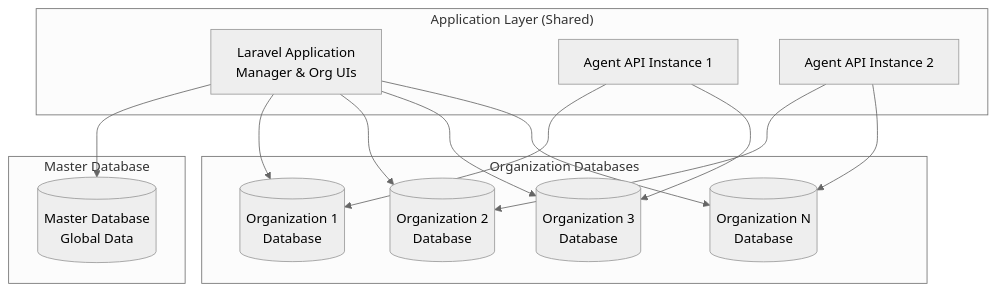
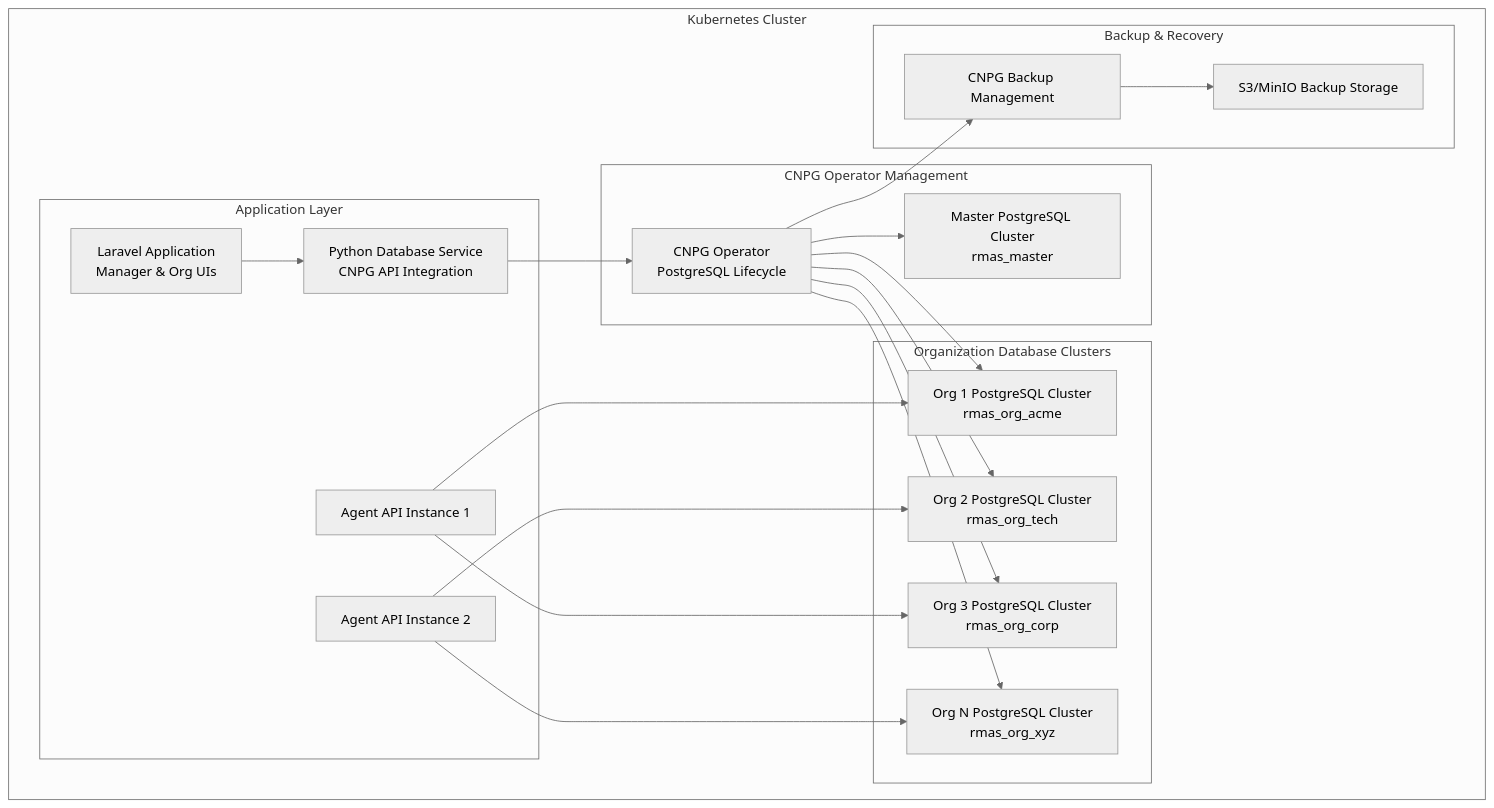
Before and after one commit to kustav123/radmin: the first of 3 diagrams in LLD/database/multi-tenancy.md, drawn with Mermaid (neutral theme). The commit also changed other lines of this file and 23 other files, not shown here.

````diff
--- a/LLD/database/multi-tenancy.md
+++ b/LLD/database/multi-tenancy.md
@@ -7,30 +7,44 @@
 ```mermaid
 graph TB
-    subgraph "Application Layer (Shared)"
-        LaravelApp[Laravel Application<br/>Manager & Org UIs]
-        AAPI1[Agent API Instance 1]
-        AAPI2[Agent API Instance 2]
+    subgraph "Kubernetes Cluster"
+        subgraph "Application Layer"
+            LaravelApp[Laravel Application<br/>Manager & Org UIs]
+            PythonDBService[Python Database Service<br/>CNPG API Integration]
+            AAPI1[Agent API Instance 1]
+            AAPI2[Agent API Instance 2]
+        end
+        
+        subgraph "CNPG Operator Management"
+            CNPGOperator[CNPG Operator<br/>PostgreSQL Lifecycle]
+            MasterCluster[Master PostgreSQL Cluster<br/>rmas_master]
+        end
+        
+        subgraph "Organization Database Clusters"
+            OrgCluster1[Org 1 PostgreSQL Cluster<br/>rmas_org_acme]
+            OrgCluster2[Org 2 PostgreSQL Cluster<br/>rmas_org_tech]
+            OrgCluster3[Org 3 PostgreSQL Cluster<br/>rmas_org_corp]
+            OrgClusterN[Org N PostgreSQL Cluster<br/>rmas_org_xyz]
+        end
+        
+        subgraph "Backup & Recovery"
+            BackupStorage[S3/MinIO Backup Storage]
+            CNPGBackup[CNPG Backup Management]
+        end
     end
     
-    subgraph "Master Database"
-        MasterDB[(Master Database<br/>Global Data)]
-    end
+    LaravelApp --> PythonDBService
+    PythonDBService --> CNPGOperator
+    CNPGOperator --> MasterCluster
+    CNPGOperator --> OrgCluster1
+    CNPGOperator --> OrgCluster2
+    CNPGOperator --> OrgCluster3
+    CNPGOperator --> OrgClusterN
     
-    subgraph "Organization Databases"
-        OrgDB1[(Organization 1<br/>Database)]
-        OrgDB2[(Organization 2<br/>Database)]
-        OrgDB3[(Organization 3<br/>Database)]
-        OrgDBN[(Organization N<br/>Database)]
-    end
+    AAPI1 --> OrgCluster1
+    AAPI1 --> OrgCluster3
+    AAPI2 --> OrgCluster2
+    AAPI2 --> OrgClusterN
     
-    LaravelApp --> MasterDB
-    LaravelApp --> OrgDB1
-    LaravelApp --> OrgDB2
-    LaravelApp --> OrgDB3
-    LaravelApp --> OrgDBN
-    
-    AAPI1 --> OrgDB1
-    AAPI1 --> OrgDB3
-    AAPI2 --> OrgDB2
-    AAPI2 --> OrgDBN
+    CNPGBackup --> BackupStorage
+    CNPGOperator --> CNPGBackup
 ```
````
